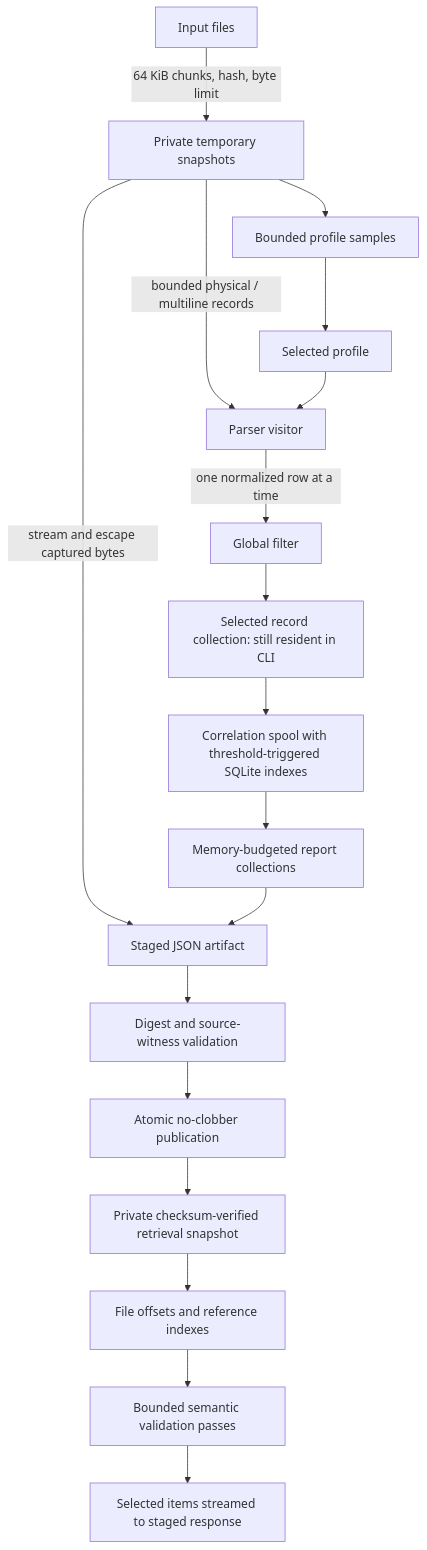
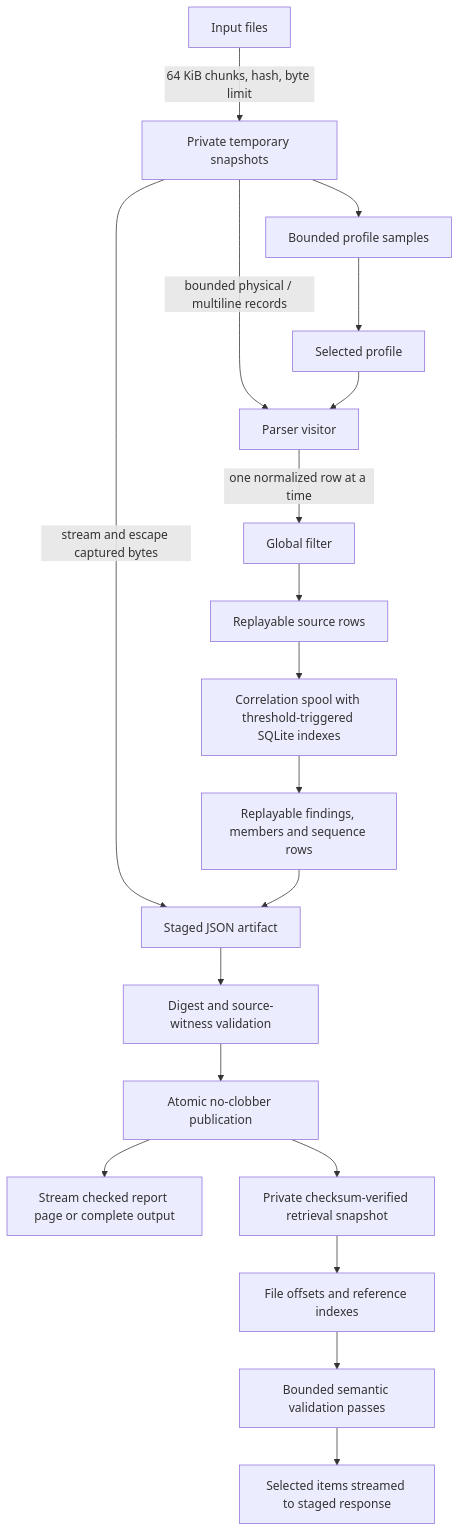
The diagram in docs/design/streaming-pipeline.md (eirenik0/log-analyzer), drawn with Mermaid before and after one commit. The commit also changed other lines of this file and 32 other files, not shown here.

Commit message:
feat(streaming): bound selected report construction

````diff
--- a/docs/design/streaming-pipeline.md
+++ b/docs/design/streaming-pipeline.md
@@ -6,20 +6,21 @@
 ```mermaid
 flowchart TD
     A[Input files] -->|64 KiB chunks, hash, byte limit| B[Private temporary snapshots]
     B --> C[Bounded profile samples]
     C --> D[Selected profile]
     B -->|bounded physical / multiline records| E[Parser visitor]
     D --> E
     E -->|one normalized row at a time| F[Global filter]
-    F --> P[Selected record collection: still resident in CLI]
+    F --> P[Replayable source rows]
     P --> G[Correlation spool with threshold-triggered SQLite indexes]
-    G --> R[Memory-budgeted report collections]
+    G --> R[Replayable findings, members and sequence rows]
     B -->|stream and escape captured bytes| H[Staged JSON artifact]
     R --> H
     H --> I[Digest and source-witness validation]
     I --> J[Atomic no-clobber publication]
+    J --> O[Stream checked report page or complete output]
     J --> K[Private checksum-verified retrieval snapshot]
     K --> L[File offsets and reference indexes]
     L --> M[Bounded semantic validation passes]
     M --> N[Selected items streamed to staged response]
 ```
````
